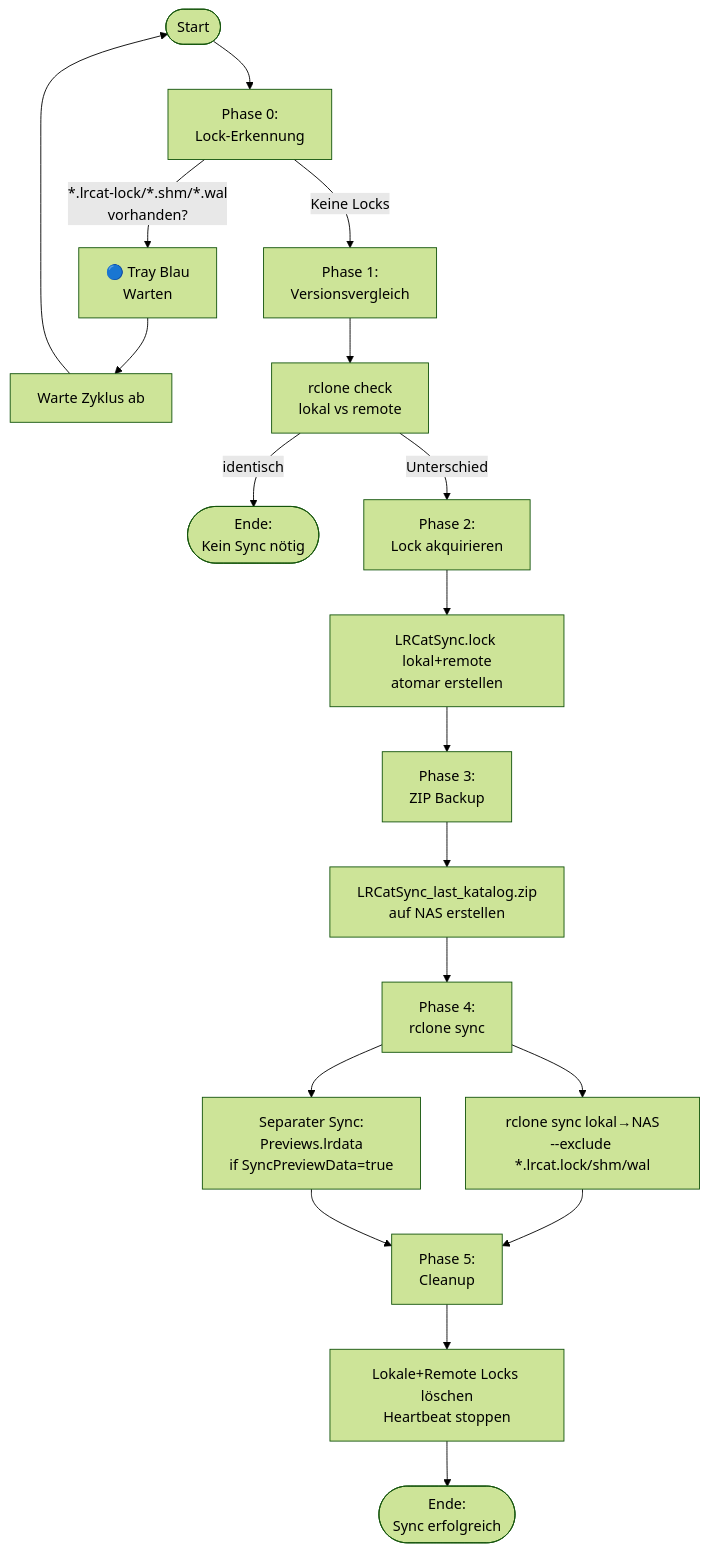
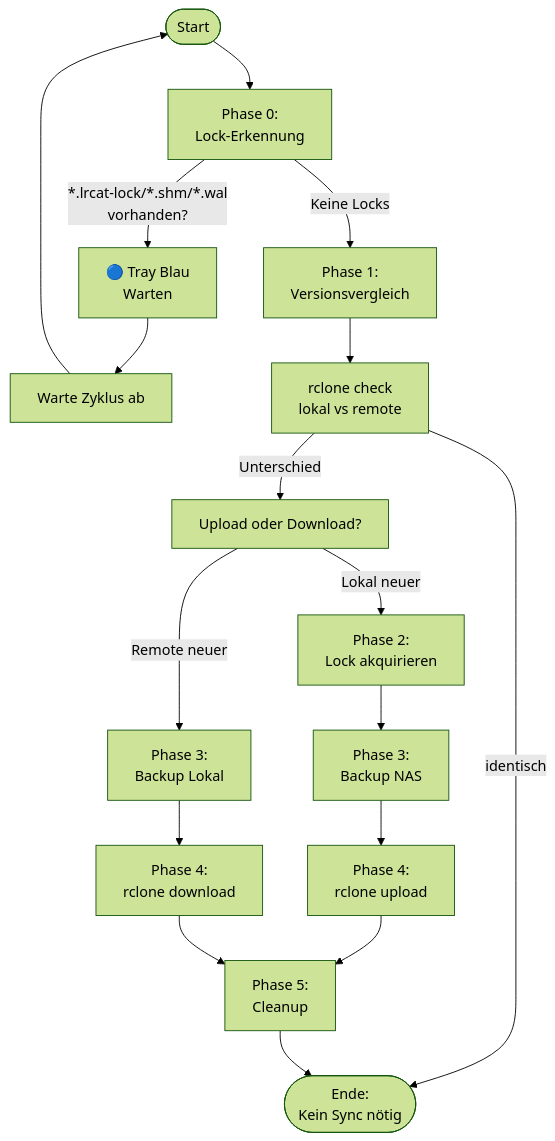
Before and after one commit to Raychan87/LRCatalogSync: the third of 5 diagrams in ToDo/Implementierungsplan-KatalogSync.md, drawn with Mermaid (forest theme). The commit also changed other lines of this file and 8 other files, not shown here.

Commit message:
add first KatalogSync

````diff
--- a/ToDo/Implementierungsplan-KatalogSync.md
+++ b/ToDo/Implementierungsplan-KatalogSync.md
@@ -190,27 +190,20 @@
 ```mermaid
 flowchart TD
     Start([Start]) --> P0[Phase 0:<br/>Lock-Erkennung]
     P0 -->|"*.lrcat-lock/*.shm/*.wal<br/>vorhanden?"| P0Yes[🔵 Tray Blau<br/>Warten]
     P0Yes --> Wait[Warte Zyklus ab]
     Wait --> Start
     
     P0 -->|"Keine Locks"| P1[Phase 1:<br/>Versionsvergleich]
     P1 --> P1Check[rclone check<br/>lokal vs remote]
     P1Check -->|"identisch"| Ende([Ende:<br/>Kein Sync nötig])
-    P1Check -->|"Unterschied"| P2[Phase 2:<br/>Lock akquirieren]
-    
-    P2 --> P2Lock[LRCatSync.lock lokal+remote<br/>atomar erstellen]
-    P2Lock --> P3[Phase 3:<br/>ZIP Backup]
-    
-    P3 --> P3Zip[LRCatSync_last_katalog.zip<br/>auf NAS erstellen]
-    P3Zip --> P4[Phase 4:<br/>rclone sync]
-    
-    P4 --> P4Sync["rclone sync lokal→NAS<br/>--exclude *.lrcat.lock/shm/wal"]
-    P4 --> P4Prev["Separater Sync:<br/>Previews.lrdata<br/>if SyncPreviewData=true"]
-    
-    P4Sync --> P5[Phase 5:<br/>Cleanup]
-    P4Prev --> P5
-    
-    P5 --> P5Clean[Lokale+Remote Locks löschen<br/>Heartbeat stoppen]
-    P5Clean --> Ende2([Ende:<br/>Sync erfolgreich])
+    P1Check -->|"Unterschied"| P1Direction[Upload oder Download?]
+    P1Direction -->|"Lokal neuer"| P2Upload[Phase 2:<br/>Lock akquirieren]
+    P1Direction -->|"Remote neuer"| P3Download[Phase 3:<br/>Backup Lokal]
+    P2Upload --> P3Upload[Phase 3:<br/>Backup NAS]
+    P3Upload --> P4Upload[Phase 4:<br/>rclone upload]
+    P3Download --> P4Download[Phase 4:<br/>rclone download]
+    P4Upload --> P5[Phase 5:<br/>Cleanup]
+    P4Download --> P5
+    P5 --> Ende
 ```
````
